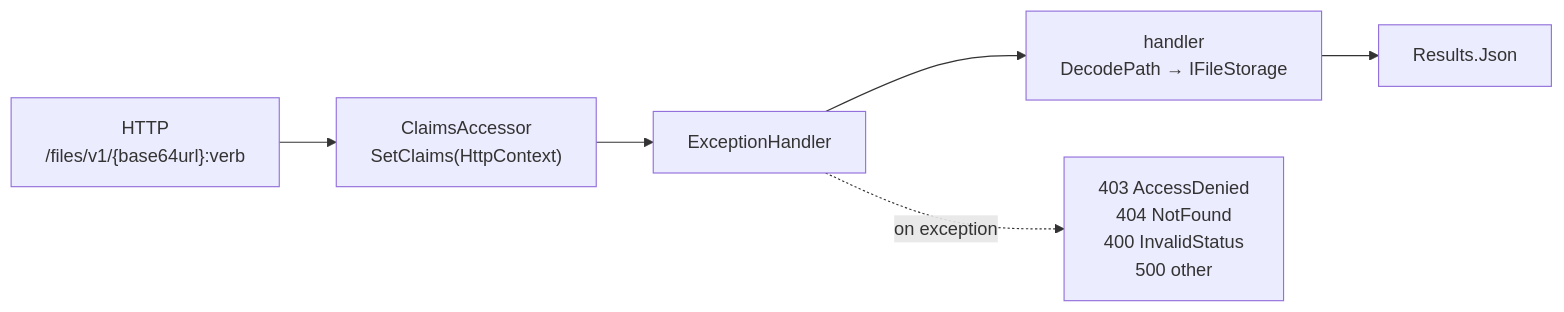
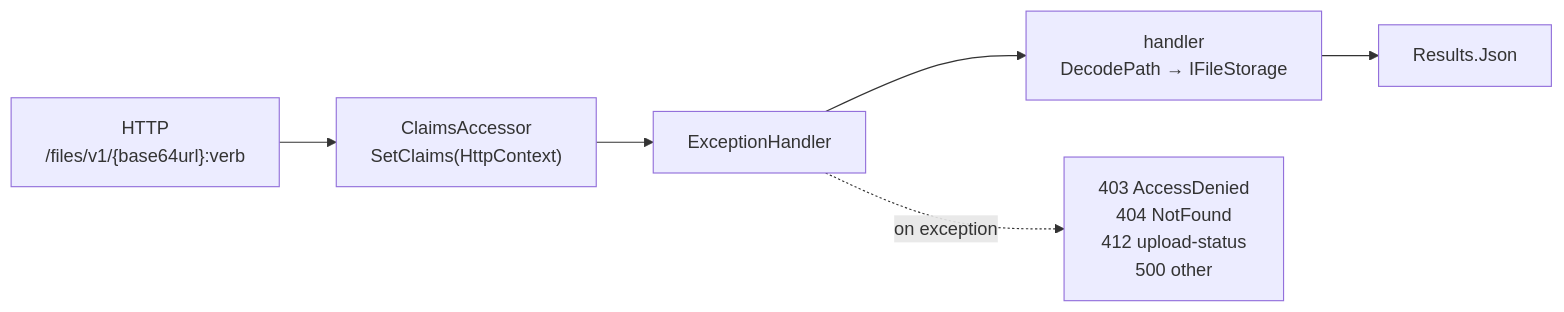
Before and after one commit to FlameOfUdun/winche-storage: the third of 6 diagrams in README.md, drawn with Mermaid. The commit also changed other lines of this file and 34 other files, not shown here.

````diff
--- a/README.md
+++ b/README.md
@@ -199,8 +199,8 @@
 ```mermaid
 flowchart LR
     Req["HTTP<br/>/files/v1/{base64url}:verb"] --> CA["ClaimsAccessor<br/>SetClaims(HttpContext)"]
     CA --> EH["ExceptionHandler"]
     EH --> Handler["handler<br/>DecodePath → IFileStorage"]
     Handler --> Ok["Results.Json"]
-    EH -. on exception .-> Err["403 AccessDenied<br/>404 NotFound<br/>400 InvalidStatus<br/>500 other"]
+    EH -. on exception .-> Err["403 AccessDenied<br/>404 NotFound<br/>412 upload-status<br/>500 other"]
 ```
````
